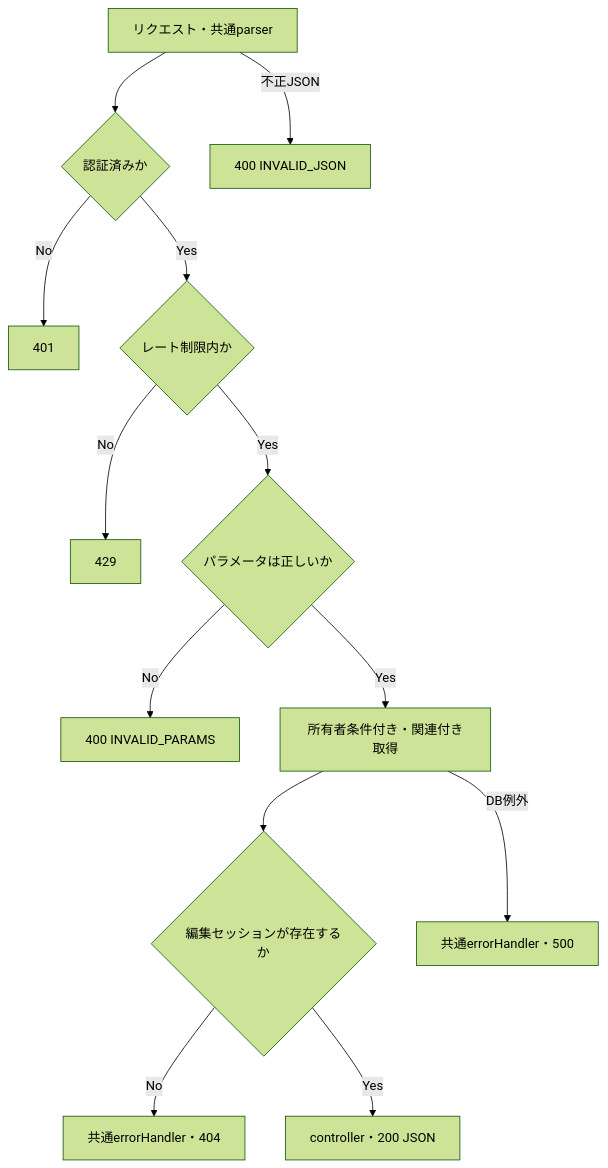
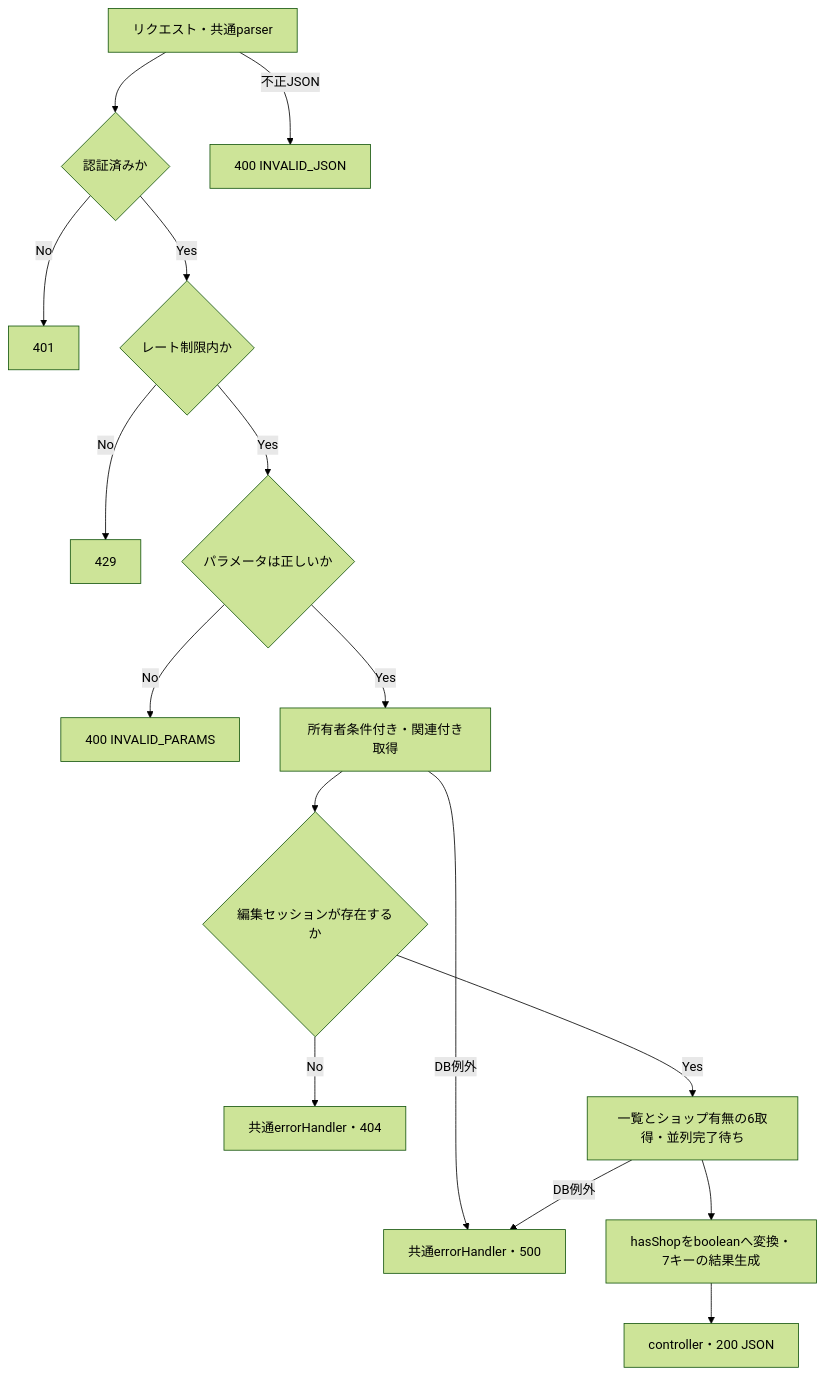
The diagram in docs/design/backend/detail/itemEditing/getItemEditingForm.md (rednull-racing/web-project1), drawn with Mermaid (forest theme) before and after one commit. The commit also changed other lines of this file and 1 other file, not shown here.

````diff
--- a/docs/design/backend/detail/itemEditing/getItemEditingForm.md
+++ b/docs/design/backend/detail/itemEditing/getItemEditingForm.md
@@ -192,15 +201,18 @@
 ```mermaid
 flowchart TD
     A[リクエスト・共通parser] --> B{認証済みか}
     A -->|不正JSON| E400J[400 INVALID_JSON]
     B -->|No| E401[401]
     B -->|Yes| C{レート制限内か}
     C -->|No| E429[429]
     C -->|Yes| D{パラメータは正しいか}
     D -->|No| E400[400 INVALID_PARAMS]
     D -->|Yes| F[所有者条件付き・関連付き取得]
     F --> G{編集セッションが存在するか}
     F -->|DB例外| E500[共通errorHandler・500]
     G -->|No| E404[共通errorHandler・404]
-    G -->|Yes| H[controller・200 JSON]
+    G -->|Yes| I[一覧とショップ有無の6取得・並列完了待ち]
+    I -->|DB例外| E500
+    I --> J[hasShopをbooleanへ変換・7キーの結果生成]
+    J --> H[controller・200 JSON]
 ```
````
